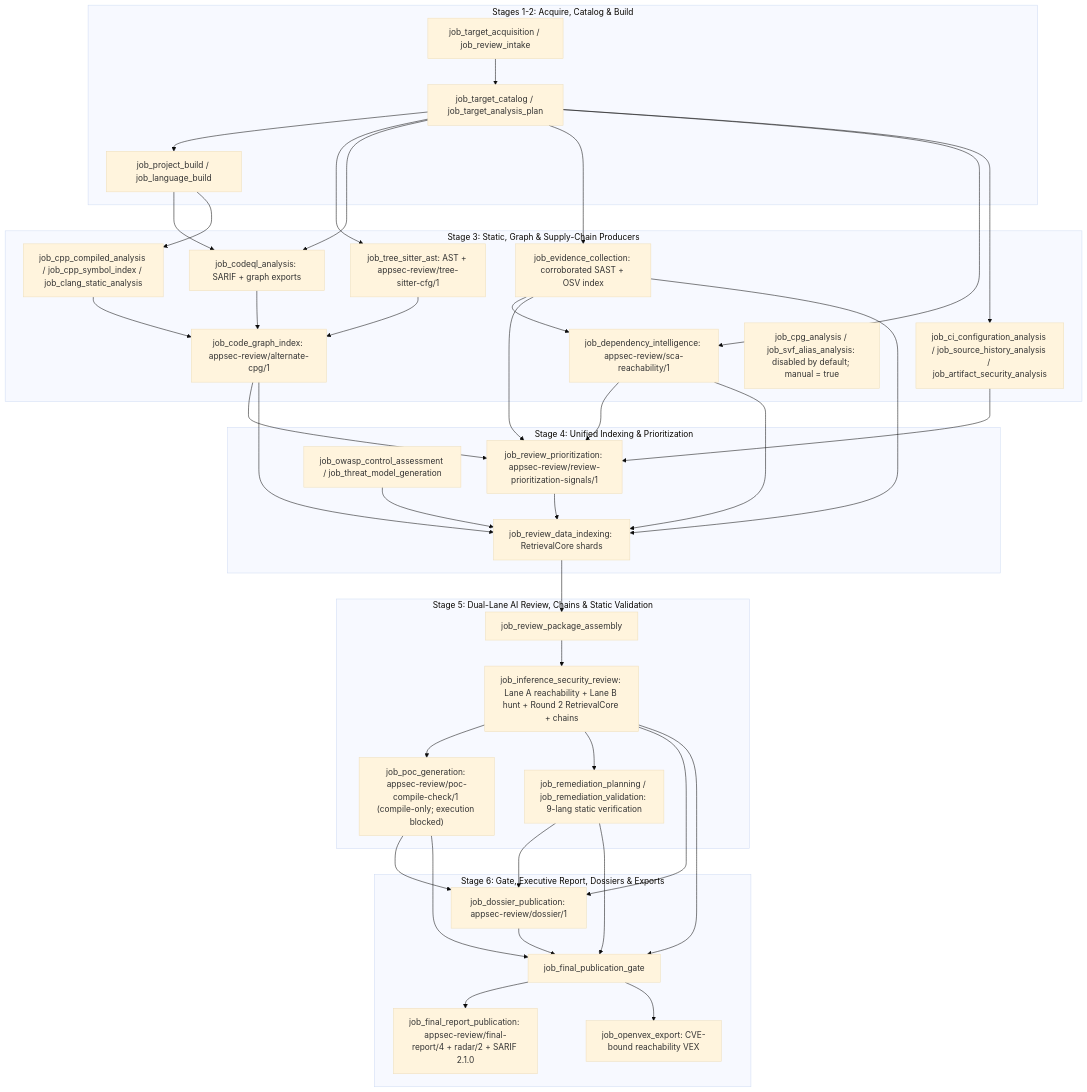
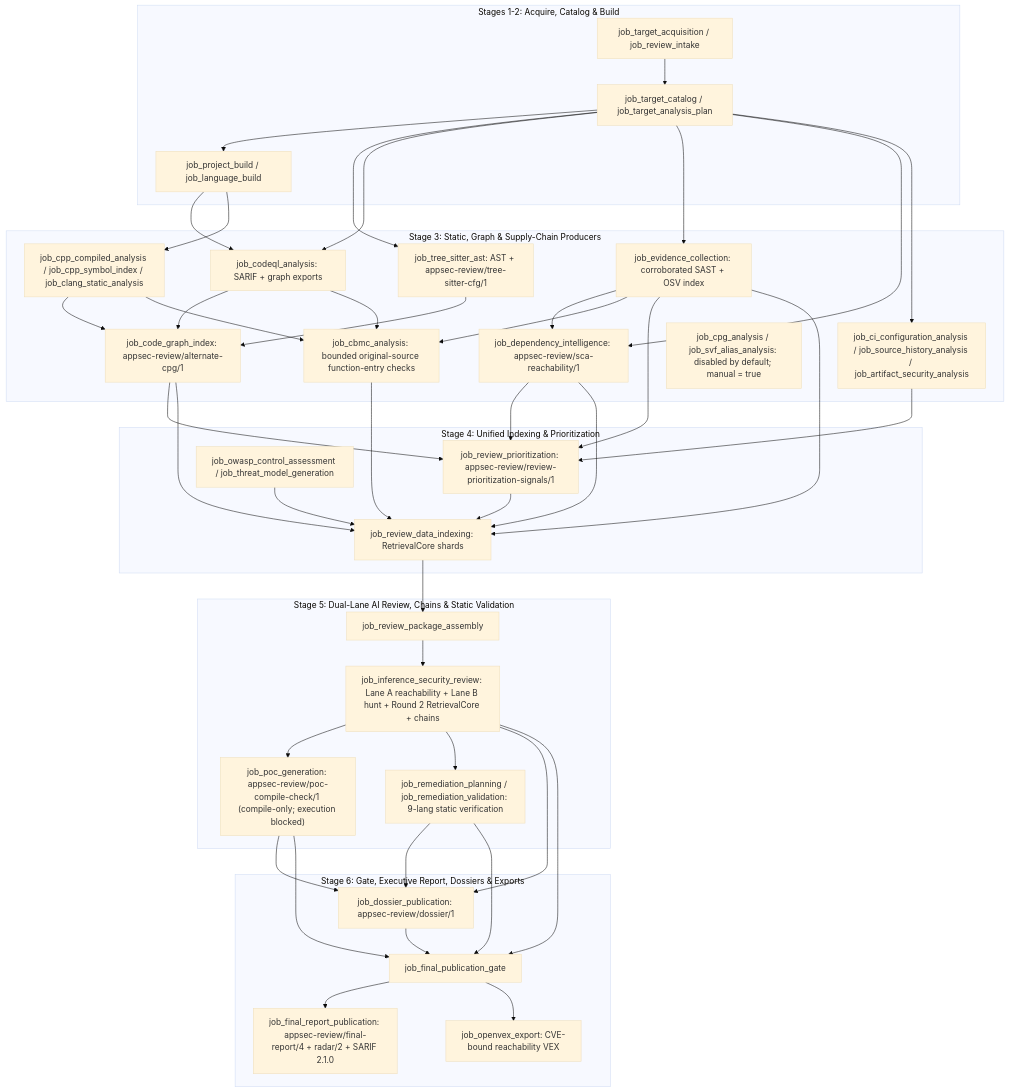
One commit to wsollers/appsec-review changed the diagram in docs/overview.md. Above: the diagram before and after it, drawn with Mermaid (base theme). The commit also changed 55 other files, not shown here.

First line of the commit message:
Add reusable CBMC tooling and bounded review analysis

````diff
--- a/docs/overview.md
+++ b/docs/overview.md
@@ -32,49 +32,53 @@
 ```mermaid
 flowchart TB
   subgraph S12["Stages 1-2: Acquire, Catalog & Build"]
     acq["job_target_acquisition / job_review_intake"] --> cat["job_target_catalog / job_target_analysis_plan"]
     cat --> bld["job_project_build / job_language_build"]
   end
   subgraph S3["Stage 3: Static, Graph & Supply-Chain Producers"]
     cat --> ts["job_tree_sitter_ast: AST + appsec-review/tree-sitter-cfg/1"]
     cat --> cql["job_codeql_analysis: SARIF + graph exports"]
     bld --> cql
     bld --> cpp["job_cpp_compiled_analysis / job_cpp_symbol_index / job_clang_static_analysis"]
     ts --> cgi["job_code_graph_index: appsec-review/alternate-cpg/1"]
     cql --> cgi
     cpp --> cgi
+    cpp --> cbmc["job_cbmc_analysis: bounded original-source function-entry checks"]
+    cql --> cbmc
     cat --> ev["job_evidence_collection: corroborated SAST + OSV index"]
     cat --> dep["job_dependency_intelligence: appsec-review/sca-reachability/1"]
     ev --> dep
+    ev --> cbmc
     cat --> ctx["job_ci_configuration_analysis / job_source_history_analysis / job_artifact_security_analysis"]
     retired["job_cpg_analysis / job_svf_alias_analysis: disabled by default; manual = true"]
   end
   subgraph S4["Stage 4: Unified Indexing & Prioritization"]
     cgi --> prio["job_review_prioritization: appsec-review/review-prioritization-signals/1"]
     ev --> prio
     dep --> prio
     ctx --> prio
     cgi --> idx["job_review_data_indexing: RetrievalCore shards"]
     ev --> idx
+    cbmc --> idx
     dep --> idx
     prio --> idx
     owasp["job_owasp_control_assessment / job_threat_model_generation"] --> idx
   end
   subgraph S5["Stage 5: Dual-Lane AI Review, Chains & Static Validation"]
     idx --> pkg["job_review_package_assembly"]
     pkg --> inf["job_inference_security_review: Lane A reachability + Lane B hunt + Round 2 RetrievalCore + chains"]
     inf --> poc["job_poc_generation: appsec-review/poc-compile-check/1 (compile-only; execution blocked)"]
     inf --> rem["job_remediation_planning / job_remediation_validation: 9-lang static verification"]
   end
   subgraph S6["Stage 6: Gate, Executive Report, Dossiers & Exports"]
     inf --> dos["job_dossier_publication: appsec-review/dossier/1"]
     poc --> dos
     rem --> dos
     dos --> gate["job_final_publication_gate"]
     inf --> gate
     poc --> gate
     rem --> gate
     gate --> rep["job_final_report_publication: appsec-review/final-report/4 + radar/2 + SARIF 2.1.0"]
     gate --> vex["job_openvex_export: CVE-bound reachability VEX"]
   end
 ```
````
